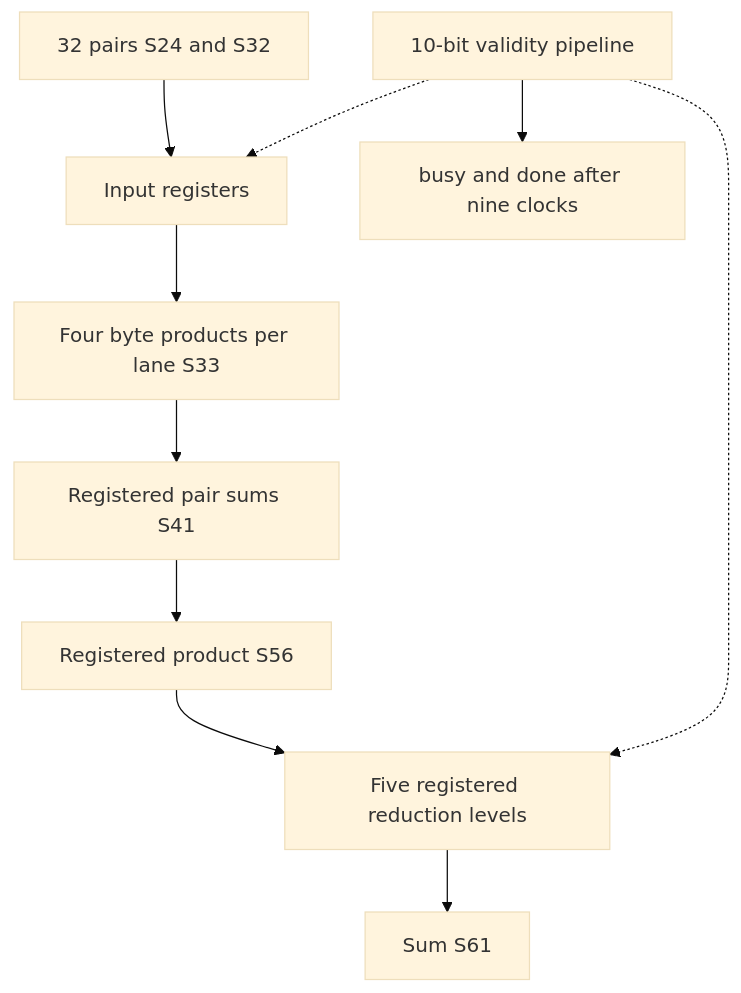
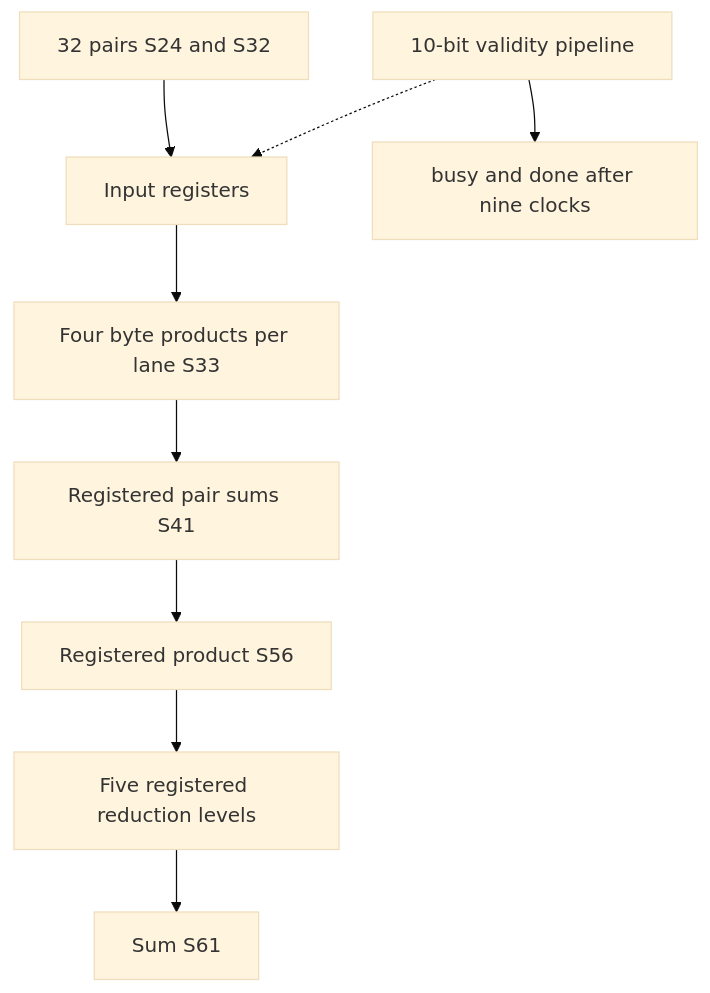
Before and after one commit to nguyennhutkhanhtom/NPU: the diagram in docs/source_guide/blocks/llm_math.sv.md, drawn with Mermaid (base theme). The commit also changed other lines of this file and 72 other files, not shown here.

````diff
--- a/docs/source_guide/blocks/llm_math.sv.md
+++ b/docs/source_guide/blocks/llm_math.sv.md
@@ -13,12 +13,11 @@
 ```mermaid
 flowchart TB
     IN[32 pairs S24 and S32] --> CAP[Input registers]
     CAP --> MUL[Four byte products per lane S33]
     MUL --> PAIR[Registered pair sums S41]
     PAIR --> PRODUCT[Registered product S56]
     PRODUCT --> TREE[Five registered reduction levels]
     TREE --> SUM[Sum S61]
     CTRL[10-bit validity pipeline] -.-> CAP
-    CTRL -.-> TREE
     CTRL --> DONE[busy and done after nine clocks]
 ```
````
